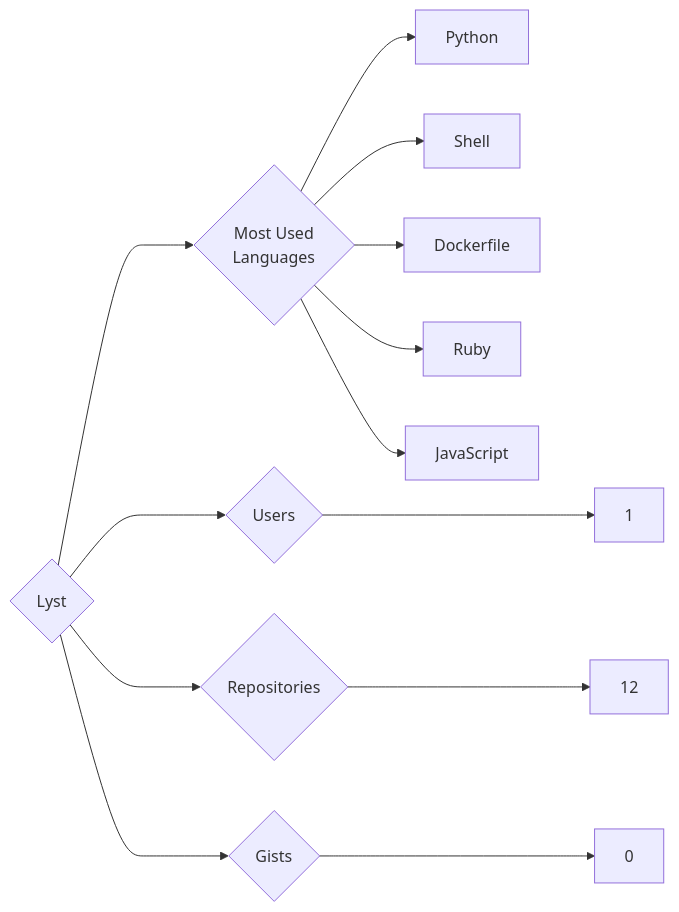
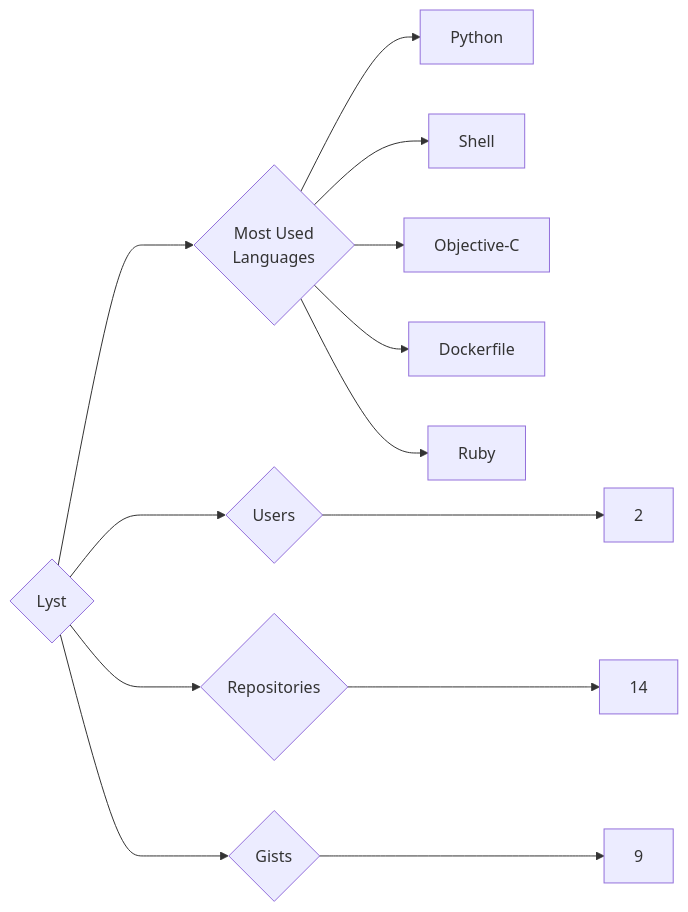
The diagram in targets/Lyst/README.md (trickest/insiders), drawn with Mermaid before and after one commit. The commit also changed 932 other files, not shown here.

````diff
--- a/targets/Lyst/README.md
+++ b/targets/Lyst/README.md
@@ -3,13 +3,13 @@
 ```mermaid
 graph LR
 COMPANY_NAME{Lyst}
-COMPANY_NAME ---> U{Users} ---> UN[1]
-COMPANY_NAME ---> R{Repositories} ---> RN[12]
-COMPANY_NAME ---> G{Gists} ---> GN[0]
+COMPANY_NAME ---> U{Users} ---> UN[2]
+COMPANY_NAME ---> R{Repositories} ---> RN[14]
+COMPANY_NAME ---> G{Gists} ---> GN[9]
 COMPANY_NAME ---> ML{Most Used<br>Languages}
 ML --> Python[Python]
 ML --> Shell[Shell]
+ML --> Objective-C[Objective-C]
 ML --> Dockerfile[Dockerfile]
 ML --> Ruby[Ruby]
-ML --> JavaScript[JavaScript]
 ```
````
